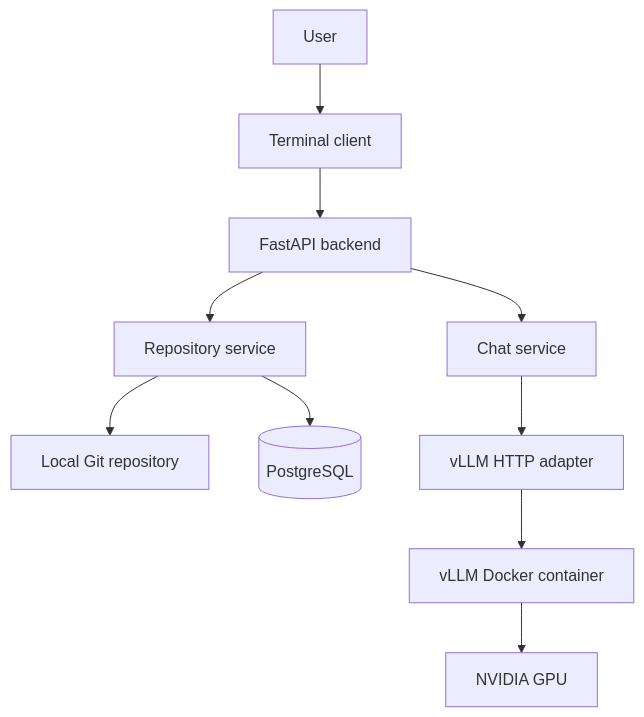
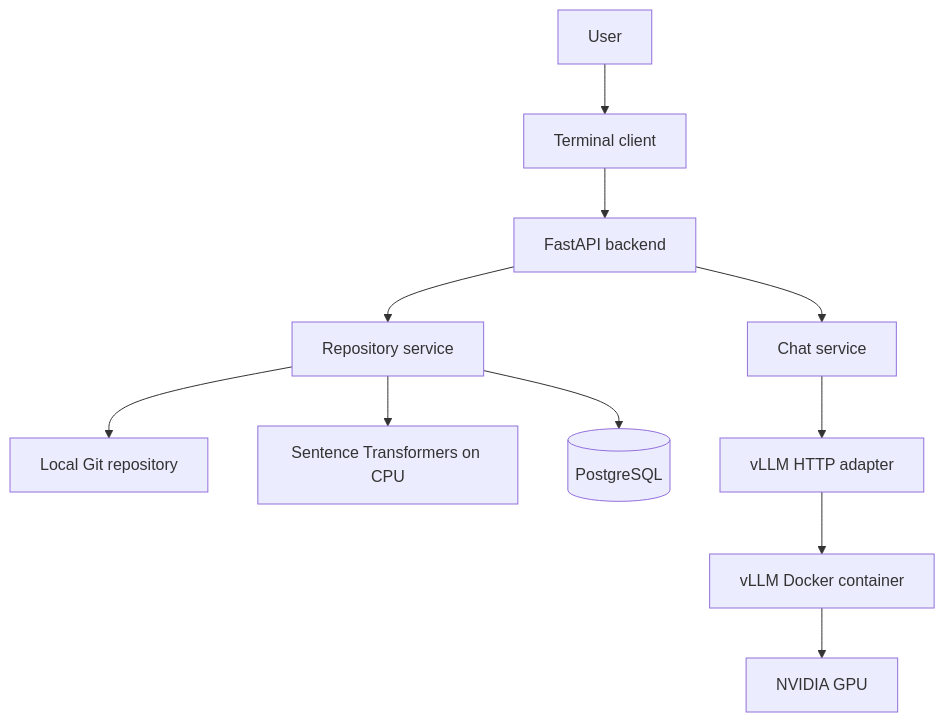
Before and after one commit to mayank3aj3769/RepoWren: the diagram in docs/architecture.md, drawn with Mermaid. The commit also changed other lines of this file and 24 other files, not shown here.

````diff
--- a/docs/architecture.md
+++ b/docs/architecture.md
@@ -8,13 +8,14 @@
 ```mermaid
 flowchart TD
     U[User] --> C[Terminal client]
     C --> A[FastAPI backend]
     A --> S[Chat service]
     A --> R[Repository service]
     R --> F[Local Git repository]
+    R --> E[Sentence Transformers on CPU]
     R --> P[(PostgreSQL)]
     S --> I[vLLM HTTP adapter]
     I --> V[vLLM Docker container]
     V --> G[NVIDIA GPU]
 
 ```
````
